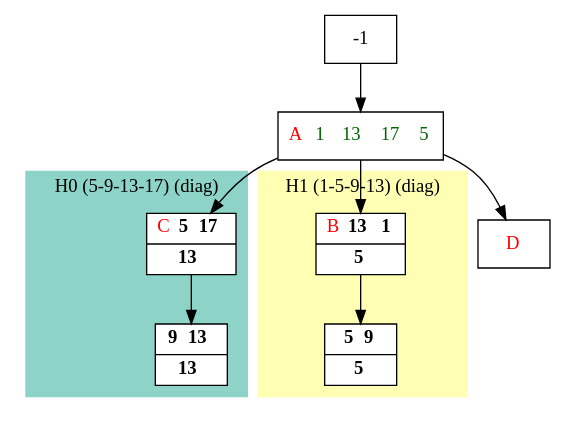
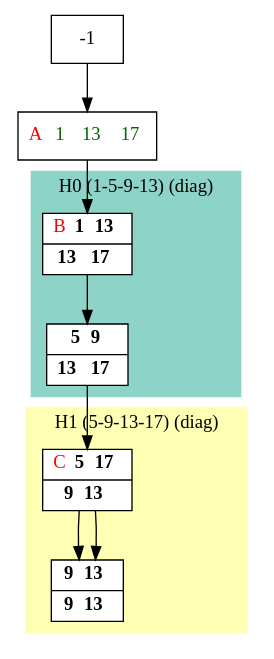
One commit to bmarchand/auto-dp changed the diagram in results/compact_dot_files/compact_H2.dot. Above: the diagram before and after it, drawn with Graphviz. The commit also changed 4 other files, not shown here.

```diff
--- a/results/compact_dot_files/compact_H2.dot
+++ b/results/compact_dot_files/compact_H2.dot
@@ -1,29 +1,28 @@
 digraph G {
     node [shape=box];
     subgraph cluster0 {
         node [style=filled,fillcolor=white];
         labeljust="l";
         style=filled;
         color="#8DD3C7";
         H0_0 -> H0_5;
-        label="H0 (5-9-13-17) (diag)";
+        label="H0 (1-5-9-13) (diag)";
     }
     subgraph cluster1 {
         node [style=filled,fillcolor=white];
         labeljust="l";
         style=filled;
         color="#FFFFB3";
         H1_0 -> H1_5;
-        label="H1 (1-5-9-13) (diag)";
+        label="H1 (5-9-13-17) (diag)";
     }
-     1 [shape=record,label= <{  <FONT COLOR="RED">A</FONT>  <FONT COLOR="DARKGREEN">1</FONT>  <FONT COLOR="DARKGREEN">13</FONT>  <FONT COLOR="DARKGREEN">17</FONT>  <FONT COLOR="DARKGREEN">5</FONT>}> ];
+     1 [shape=record,label= <{  <FONT COLOR="RED">A</FONT>  <FONT COLOR="DARKGREEN">1</FONT>  <FONT COLOR="DARKGREEN">13</FONT>  <FONT COLOR="DARKGREEN">17</FONT>}> ];
      -1  ->  1;
-     H1_0 [shape=record,label= <{  <FONT COLOR="RED">B</FONT> <b>13</b> <b>1</b>|  <b>5</b>}> ];
-     1  ->  H1_0;
-     H1_5 [shape=record,label= <{ <b>5</b> <b>9</b>|  <b>5</b>}> ];
-     H0_0 [shape=record,label= <{  <FONT COLOR="RED">C</FONT> <b>5</b> <b>17</b>|  <b>13</b>}> ];
+     H0_0 [shape=record,label= <{  <FONT COLOR="RED">B</FONT> <b>1</b> <b>13</b>| <b>13</b> <b>17</b>}> ];
      1  ->  H0_0;
-     H0_5 [shape=record,label= <{ <b>9</b> <b>13</b>|  <b>13</b>}> ];
-     _1 [shape=record,label= <{  <FONT COLOR="RED">D</FONT>}> ];
-     1  ->  _1;
+     H0_5 [shape=record,label= <{ <b>5</b> <b>9</b>| <b>13</b> <b>17</b>}> ];
+     H1_0 [shape=record,label= <{  <FONT COLOR="RED">C</FONT> <b>5</b> <b>17</b>| <b>9</b> <b>13</b>}> ];
+     H0_5  ->  H1_0;
+     H1_5 [shape=record,label= <{ <b>9</b> <b>13</b>| <b>9</b> <b>13</b>}> ];
+     H1_0 -> H1_5;
 }
```
